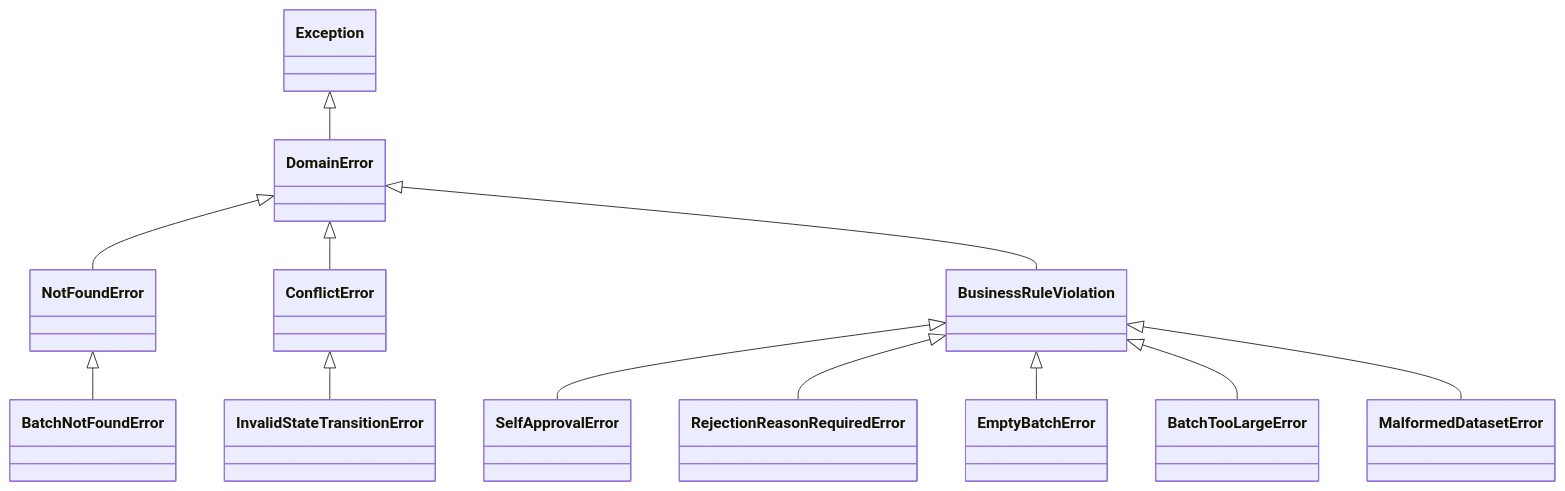
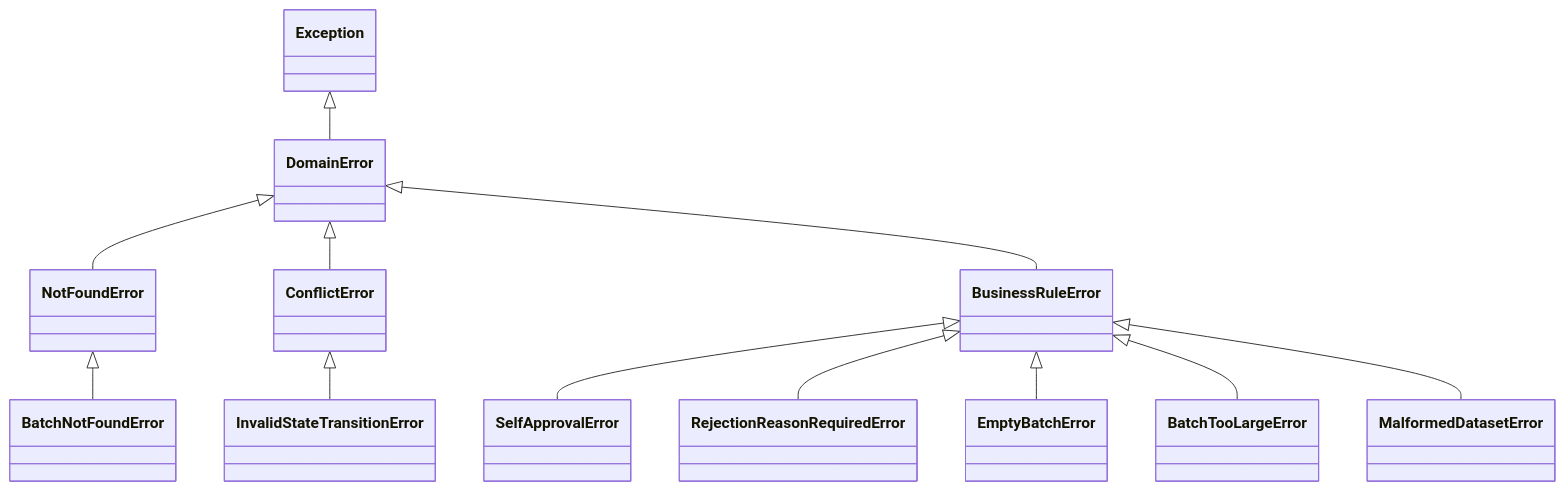
Before and after one commit to yoelayan/LedgerSystem: the third of 4 diagrams in README.md, drawn with Mermaid. The commit also changed other lines of this file and 6 other files, not shown here.

````diff
--- a/README.md
+++ b/README.md
@@ -120,14 +120,14 @@
 ```mermaid
 classDiagram
     Exception <|-- DomainError
     DomainError <|-- NotFoundError
     DomainError <|-- ConflictError
-    DomainError <|-- BusinessRuleViolation
+    DomainError <|-- BusinessRuleError
     NotFoundError <|-- BatchNotFoundError
     ConflictError <|-- InvalidStateTransitionError
-    BusinessRuleViolation <|-- SelfApprovalError
-    BusinessRuleViolation <|-- RejectionReasonRequiredError
-    BusinessRuleViolation <|-- EmptyBatchError
-    BusinessRuleViolation <|-- BatchTooLargeError
-    BusinessRuleViolation <|-- MalformedDatasetError
+    BusinessRuleError <|-- SelfApprovalError
+    BusinessRuleError <|-- RejectionReasonRequiredError
+    BusinessRuleError <|-- EmptyBatchError
+    BusinessRuleError <|-- BatchTooLargeError
+    BusinessRuleError <|-- MalformedDatasetError
 ```
````
